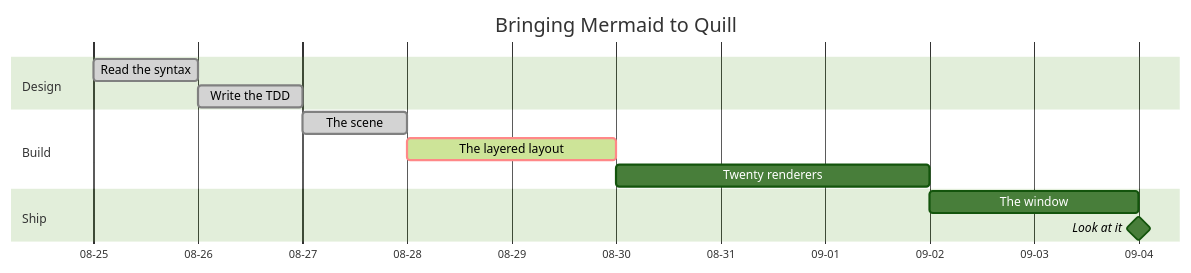
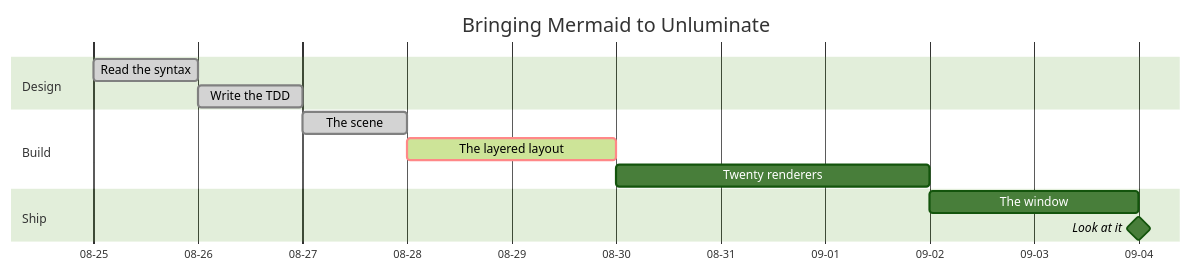
The diagram in sample-diagrams/gantt.mmd (Black-Rainbow-Labs/Unluminous), drawn with Mermaid (forest theme) before and after one commit. The commit also changed 1291 other files, not shown here.

First line of the commit message:
task-1800: rename Quill to Unluminate

```diff
--- a/sample-diagrams/gantt.mmd
+++ b/sample-diagrams/gantt.mmd
@@ -1,14 +1,14 @@
 gantt
-  title Bringing Mermaid to Quill
+  title Bringing Mermaid to Unluminate
   dateFormat YYYY-MM-DD
   axisFormat %m-%d
   section Design
   Read the syntax    : done, read, 2026-08-25, 1d
   Write the TDD      : done, tdd, after read, 1d
   section Build
   The scene          : done, scene, after tdd, 1d
   The layered layout : active, crit, layered, after scene, 2d
   Twenty renderers   : renderers, after layered, 3d
   section Ship
   The window         : window, after renderers, 2d
   Look at it         : milestone, look, after window, 0d
```
